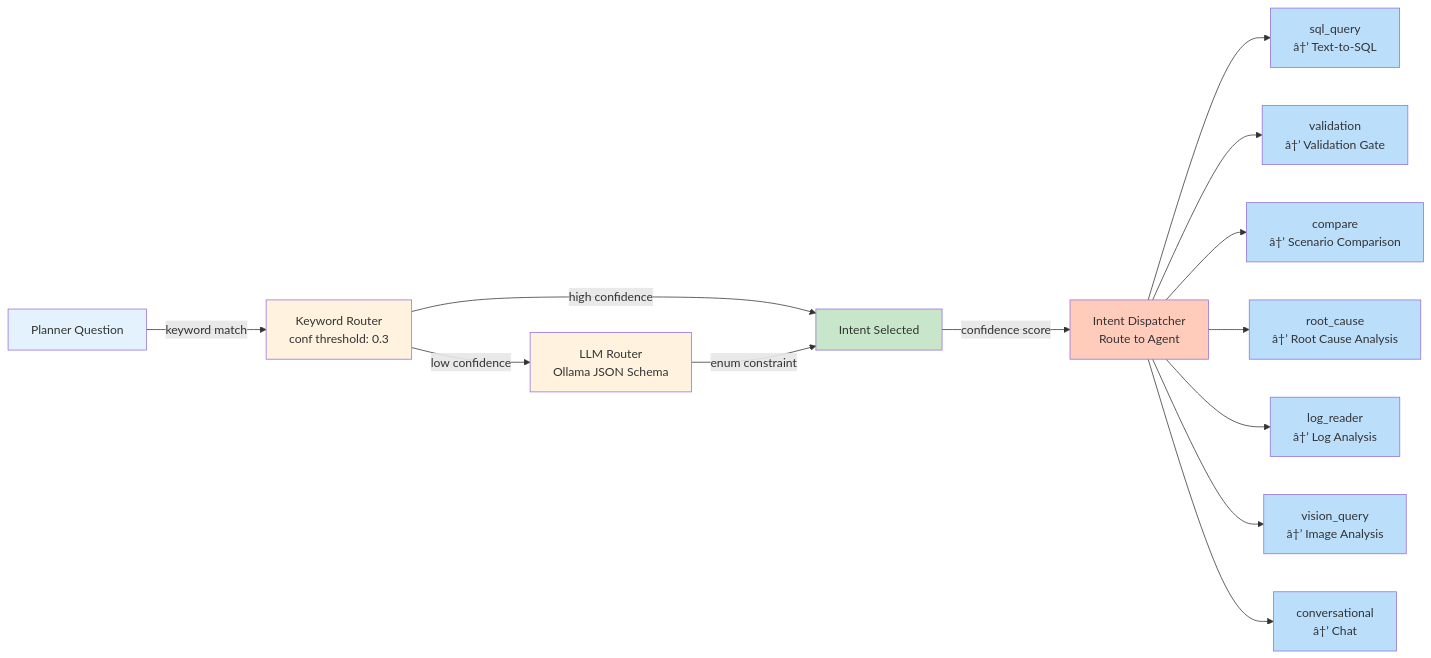
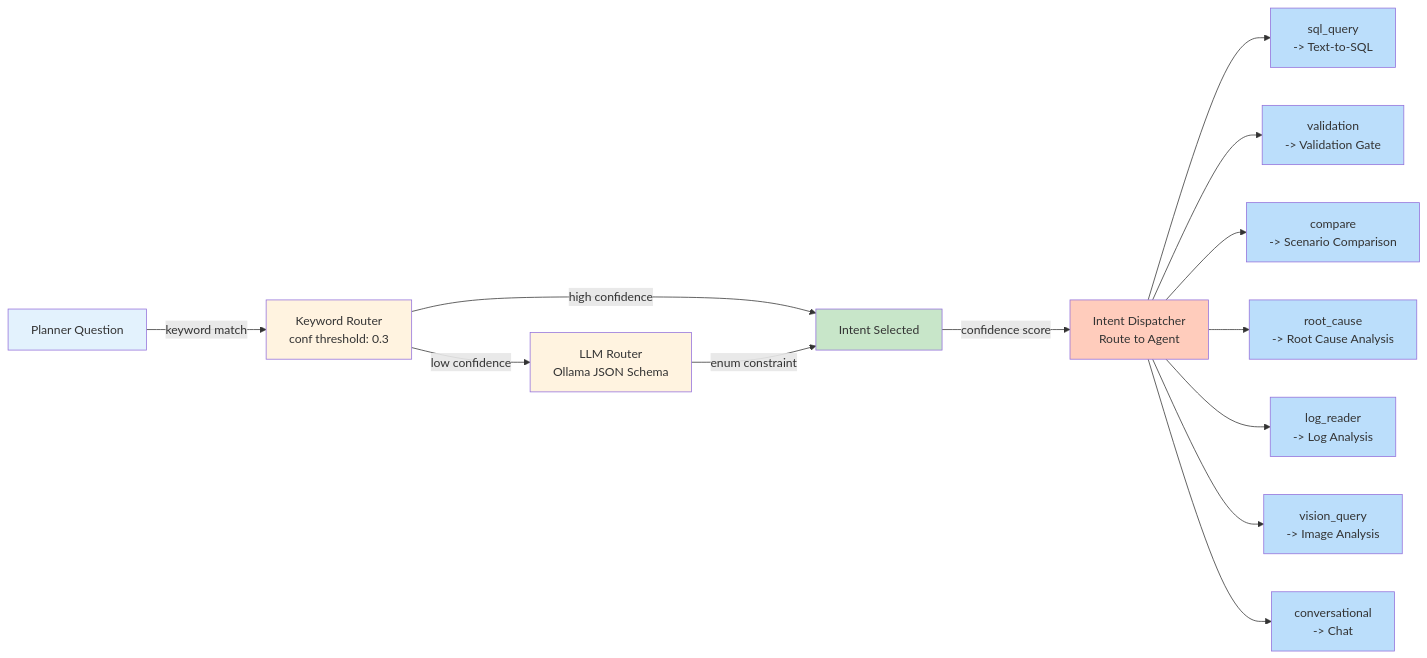
One commit to jyotiranjanojha/ifsupplystory changed the second of 4 diagrams in README.md. Above: the diagram before and after it, drawn with Mermaid. The commit also changed other lines of this file, not shown here.

````diff
--- a/README.md
+++ b/README.md
@@ -158,32 +158,32 @@
 ```mermaid
 graph LR
     Q["Planner Question"]
     Q -->|keyword match| KWRouter["Keyword Router<br/>conf threshold: 0.3"]
     
     KWRouter -->|low confidence| LLM["LLM Router<br/>Ollama JSON Schema"]
     KWRouter -->|high confidence| Intent["Intent Selected"]
     
     LLM -->|enum constraint| Intent
     Intent -->|confidence score| Dispatcher["Intent Dispatcher<br/>Route to Agent"]
     
-    Dispatcher --> S1["sql_query<br/>â†’ Text-to-SQL"]
-    Dispatcher --> S2["validation<br/>â†’ Validation Gate"]
-    Dispatcher --> S3["compare<br/>â†’ Scenario Comparison"]
-    Dispatcher --> S4["root_cause<br/>â†’ Root Cause Analysis"]
-    Dispatcher --> S5["log_reader<br/>â†’ Log Analysis"]
-    Dispatcher --> S6["vision_query<br/>â†’ Image Analysis"]
-    Dispatcher --> S7["conversational<br/>â†’ Chat"]
+    Dispatcher --> S1["sql_query<br/>-> Text-to-SQL"]
+    Dispatcher --> S2["validation<br/>-> Validation Gate"]
+    Dispatcher --> S3["compare<br/>-> Scenario Comparison"]
+    Dispatcher --> S4["root_cause<br/>-> Root Cause Analysis"]
+    Dispatcher --> S5["log_reader<br/>-> Log Analysis"]
+    Dispatcher --> S6["vision_query<br/>-> Image Analysis"]
+    Dispatcher --> S7["conversational<br/>-> Chat"]
     
     style Q fill:#E3F2FD
     style KWRouter fill:#FFF3E0
     style LLM fill:#FFF3E0
     style Intent fill:#C8E6C9
     style Dispatcher fill:#FFCCBC
     style S1 fill:#BBDEFB
     style S2 fill:#BBDEFB
     style S3 fill:#BBDEFB
     style S4 fill:#BBDEFB
     style S5 fill:#BBDEFB
     style S6 fill:#BBDEFB
     style S7 fill:#BBDEFB
 ```
````
